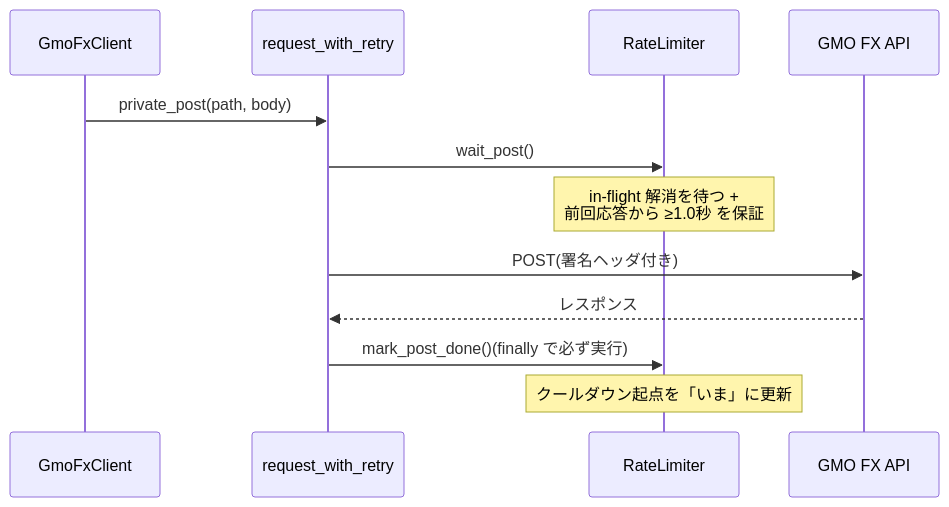
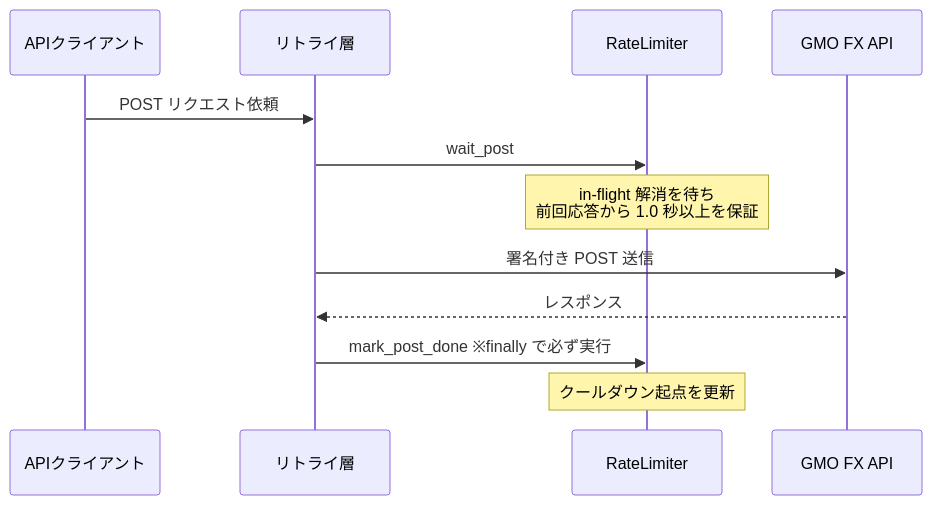
One commit to ozapon-IT/my-zenn changed the diagram in articles/gmo-fx-rate-limiter.md. Above: the diagram before and after it, drawn with Mermaid. The commit also changed other lines of this file, not shown here.

Commit message:
articles: Mermaid構文エラー修正とシステム固有情報の一般化
シーケンス図のメッセージから括弧・カンマを除去して構文エラーを解消。
バッチ名(判断/手仕舞い)・起動時刻・Kill Switch等の固有名詞を
一般的な表現(定時バッチ・非常停止用Lambda)に置き換え。

````diff
--- a/articles/gmo-fx-rate-limiter.md
+++ b/articles/gmo-fx-rate-limiter.md
@@ -29,15 +29,15 @@
 ```mermaid
 sequenceDiagram
-    participant C as GmoFxClient
-    participant R as request_with_retry
+    participant C as APIクライアント
+    participant R as リトライ層
     participant L as RateLimiter
     participant G as GMO FX API
 
-    C->>R: private_post(path, body)
-    R->>L: wait_post()
-    Note over L: in-flight 解消を待つ +<br/>前回応答から ≥1.0秒 を保証
-    R->>G: POST(署名ヘッダ付き)
+    C->>R: POST リクエスト依頼
+    R->>L: wait_post
+    Note over L: in-flight 解消を待ち<br/>前回応答から 1.0 秒以上を保証
+    R->>G: 署名付き POST 送信
     G-->>R: レスポンス
-    R->>L: mark_post_done()(finally で必ず実行)
-    Note over L: クールダウン起点を「いま」に更新
+    R->>L: mark_post_done ※finally で必ず実行
+    Note over L: クールダウン起点を更新
 ```
````
